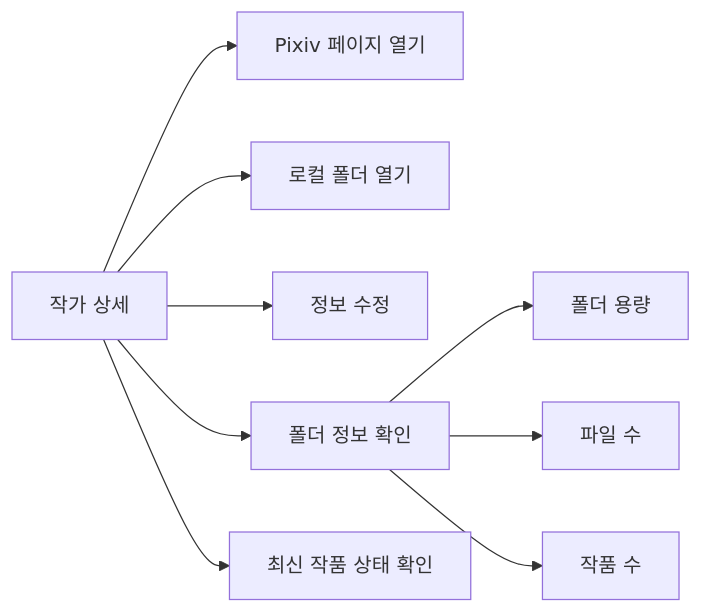
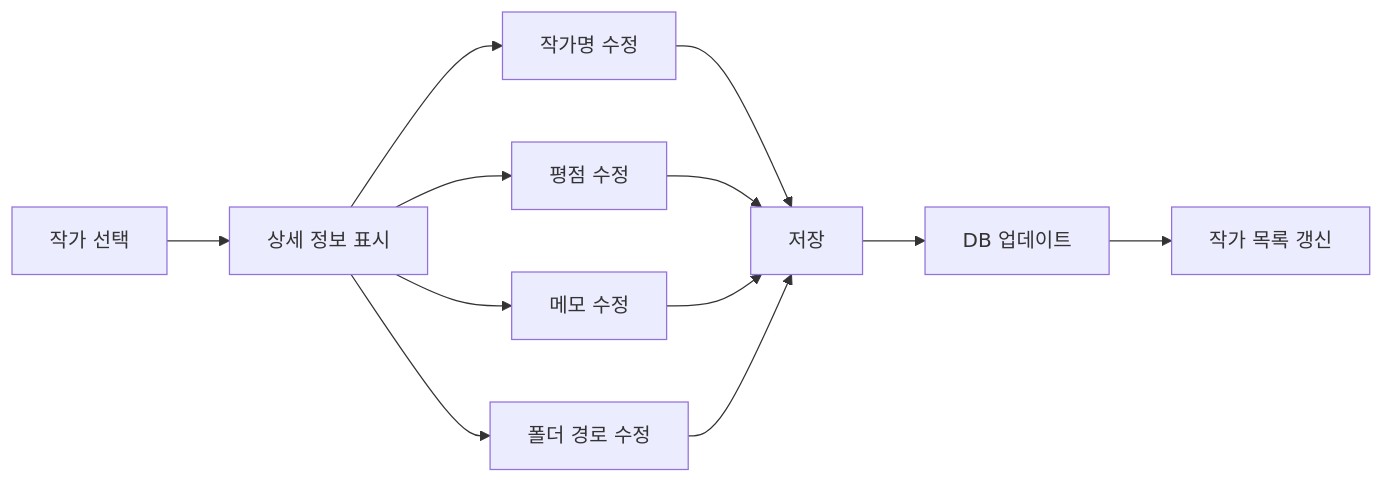
The fifth of 13 diagrams in docs/03_SYSTEM_FLOW.md (PKT0623/PixivLocalManager), drawn with Mermaid before and after one commit. The commit also changed other lines of this file and 11 other files, not shown here.

````diff
--- a/docs/03_SYSTEM_FLOW.md
+++ b/docs/03_SYSTEM_FLOW.md
@@ -70,21 +98,24 @@
 ```mermaid
 flowchart LR
 
-DETAIL[작가 상세]
+A[작가 선택]
 
-DETAIL --> PIXIV[Pixiv 페이지 열기]
+A --> B[상세 정보 표시]
 
-DETAIL --> FOLDER[로컬 폴더 열기]
+B --> C[작가명 수정]
 
-DETAIL --> EDIT[정보 수정]
+B --> D[평점 수정]
 
-DETAIL --> INFO[폴더 정보 확인]
+B --> E[메모 수정]
 
-INFO --> SIZE[폴더 용량]
+B --> F[폴더 경로 수정]
 
-INFO --> FILES[파일 수]
+C --> G[저장]
+D --> G
+E --> G
+F --> G
 
-INFO --> ARTWORKS[작품 수]
+G --> H[DB 업데이트]
 
-DETAIL --> UPDATE[최신 작품 상태 확인]
+H --> I[작가 목록 갱신]
 ```
````
